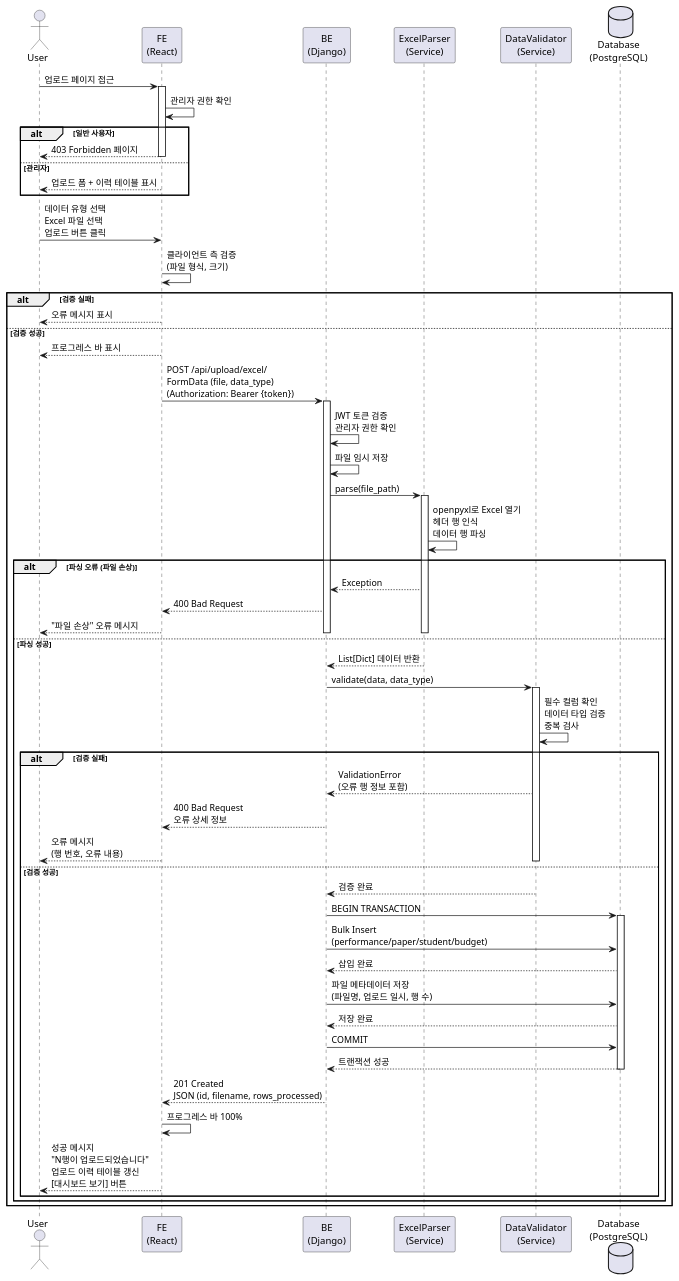
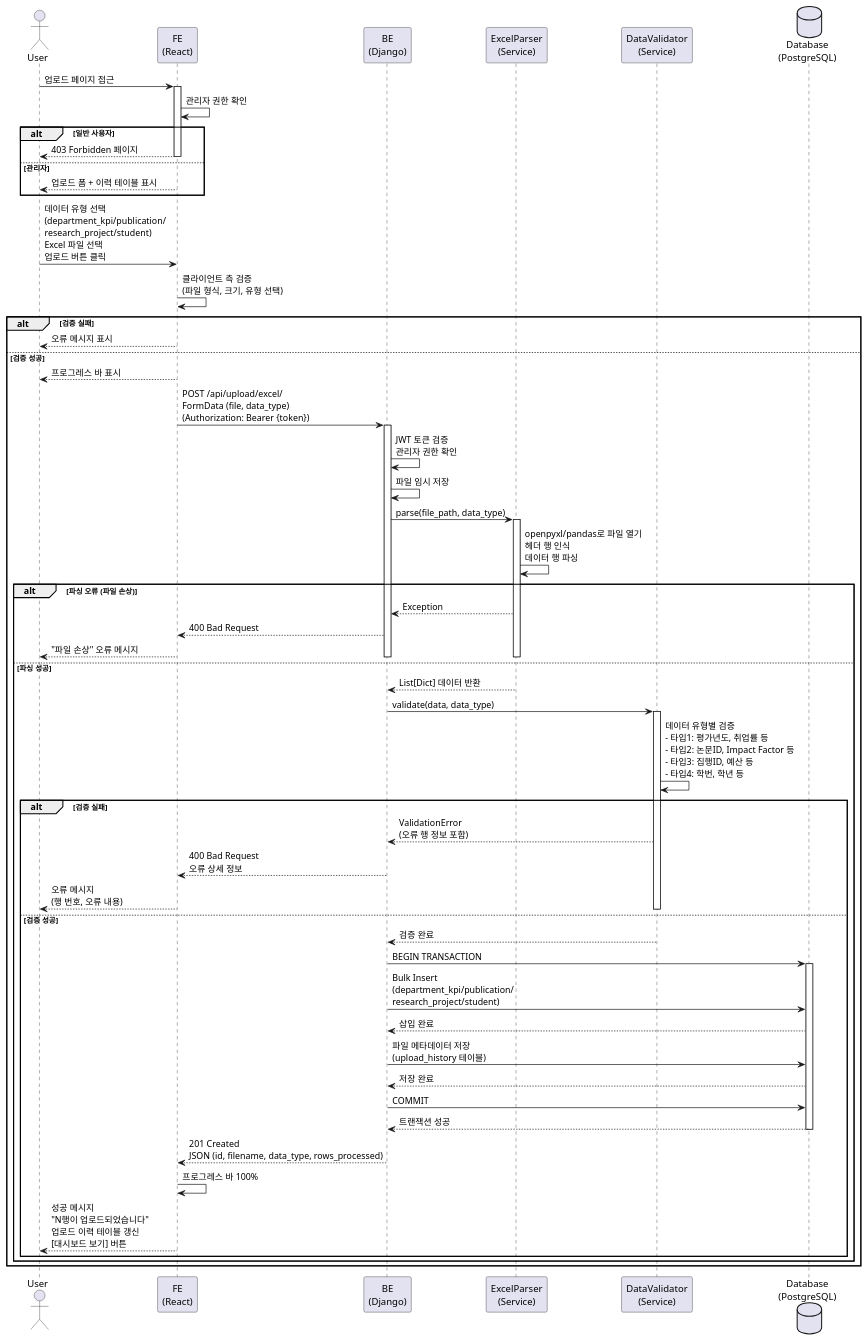
Before and after one commit to thermopower/final_mafia_challenge: the diagram in docs/usecases/003/spec.md, drawn with PlantUML. The commit also changed other lines of this file and 101 other files, not shown here.

```diff
--- a/docs/usecases/003/spec.md
+++ b/docs/usecases/003/spec.md
@@ -173,8 +220,8 @@
     FE --> User: 업로드 폼 + 이력 테이블 표시
 end
 
-User -> FE: 데이터 유형 선택\nExcel 파일 선택\n업로드 버튼 클릭
-FE -> FE: 클라이언트 측 검증\n(파일 형식, 크기)
+User -> FE: 데이터 유형 선택\n(department_kpi/publication/\nresearch_project/student)\nExcel 파일 선택\n업로드 버튼 클릭
+FE -> FE: 클라이언트 측 검증\n(파일 형식, 크기, 유형 선택)
 
 alt 검증 실패
     FE --> User: 오류 메시지 표시
@@ -188,9 +235,9 @@
 
     BE -> BE: 파일 임시 저장
 
-    BE -> Parser: parse(file_path)
+    BE -> Parser: parse(file_path, data_type)
     activate Parser
-    Parser -> Parser: openpyxl로 Excel 열기\n헤더 행 인식\n데이터 행 파싱
+    Parser -> Parser: openpyxl/pandas로 파일 열기\n헤더 행 인식\n데이터 행 파싱
 
     alt 파싱 오류 (파일 손상)
         Parser --> BE: Exception
@@ -205,7 +252,7 @@
 
         BE -> Validator: validate(data, data_type)
         activate Validator
-        Validator -> Validator: 필수 컬럼 확인\n데이터 타입 검증\n중복 검사
+        Validator -> Validator: 데이터 유형별 검증\n- 타입1: 평가년도, 취업률 등\n- 타입2: 논문ID, Impact Factor 등\n- 타입3: 집행ID, 예산 등\n- 타입4: 학번, 학년 등
 
         alt 검증 실패
             Validator --> BE: ValidationError\n(오류 행 정보 포함)
@@ -221,17 +268,17 @@
             BE -> DB: BEGIN TRANSACTION
             activate DB
 
-            BE -> DB: Bulk Insert\n(performance/paper/student/budget)
+            BE -> DB: Bulk Insert\n(department_kpi/publication/\nresearch_project/student)
             DB --> BE: 삽입 완료
 
-            BE -> DB: 파일 메타데이터 저장\n(파일명, 업로드 일시, 행 수)
+            BE -> DB: 파일 메타데이터 저장\n(upload_history 테이블)
             DB --> BE: 저장 완료
 
             BE -> DB: COMMIT
             DB --> BE: 트랜잭션 성공
             deactivate DB
 
-            BE --> FE: 201 Created\nJSON (id, filename, rows_processed)
+            BE --> FE: 201 Created\nJSON (id, filename, data_type, rows_processed)
             deactivate BE
 
             FE -> FE: 프로그레스 바 100%
```
